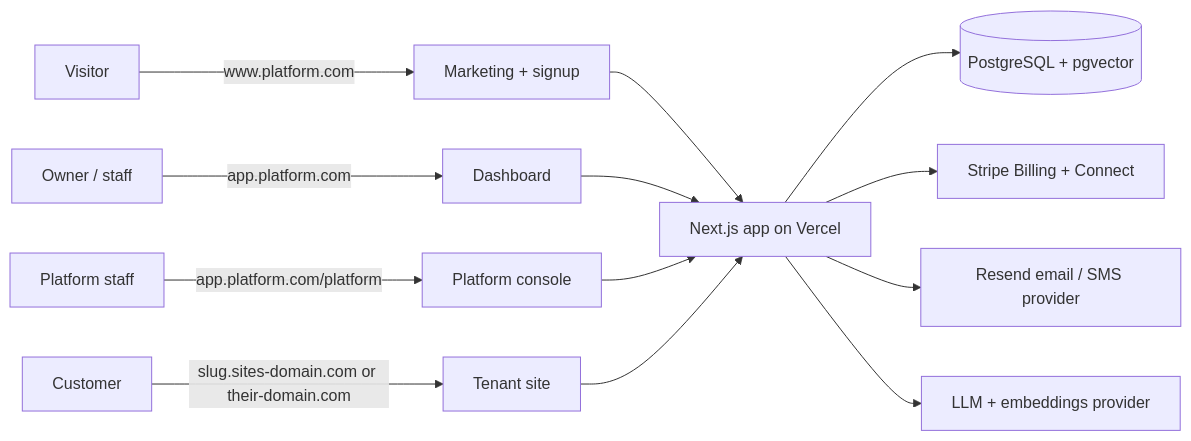
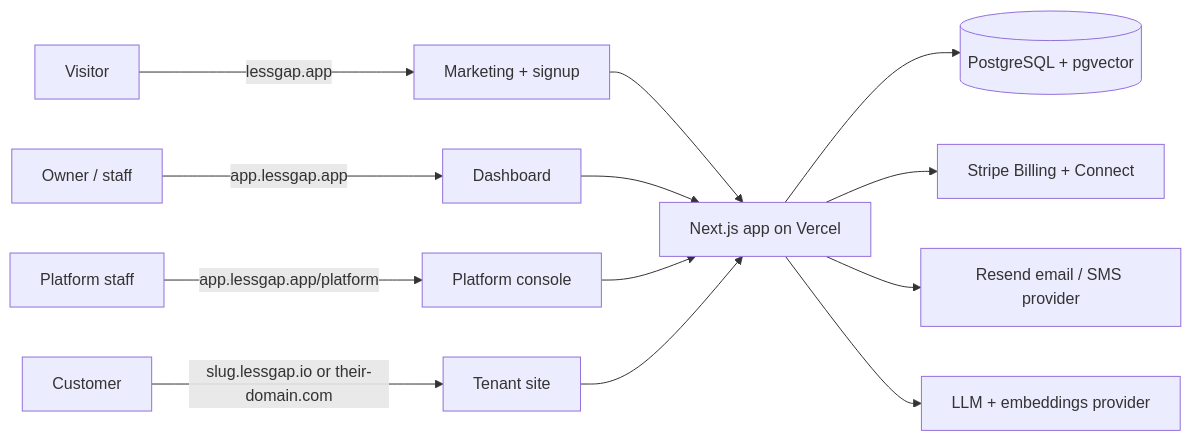
One commit to baonguyenyam/lessgap-sass-module changed the diagram in spec/01-architecture.md. Above: the diagram before and after it, drawn with Mermaid. The commit also changed other lines of this file and 11 other files, not shown here.

````diff
--- a/spec/01-architecture.md
+++ b/spec/01-architecture.md
@@ -7,12 +7,12 @@
 ```mermaid
 flowchart LR
-  V[Visitor] -->|www.platform.com| M[Marketing + signup]
-  O[Owner / staff] -->|app.platform.com| D[Dashboard]
-  P[Platform staff] -->|app.platform.com/platform| A[Platform console]
-  C[Customer] -->|slug.sites-domain.com or their-domain.com| S[Tenant site]
+  V[Visitor] -->|lessgap.app| M[Marketing + signup]
+  O[Owner / staff] -->|app.lessgap.app| D[Dashboard]
+  P[Platform staff] -->|app.lessgap.app/platform| A[Platform console]
+  C[Customer] -->|slug.lessgap.io or their-domain.com| S[Tenant site]
   M & D & A & S --> N[Next.js app on Vercel]
   N --> DB[(PostgreSQL + pgvector)]
   N --> ST[Stripe Billing + Connect]
   N --> E[Resend email / SMS provider]
   N --> L[LLM + embeddings provider]
 ```
````
